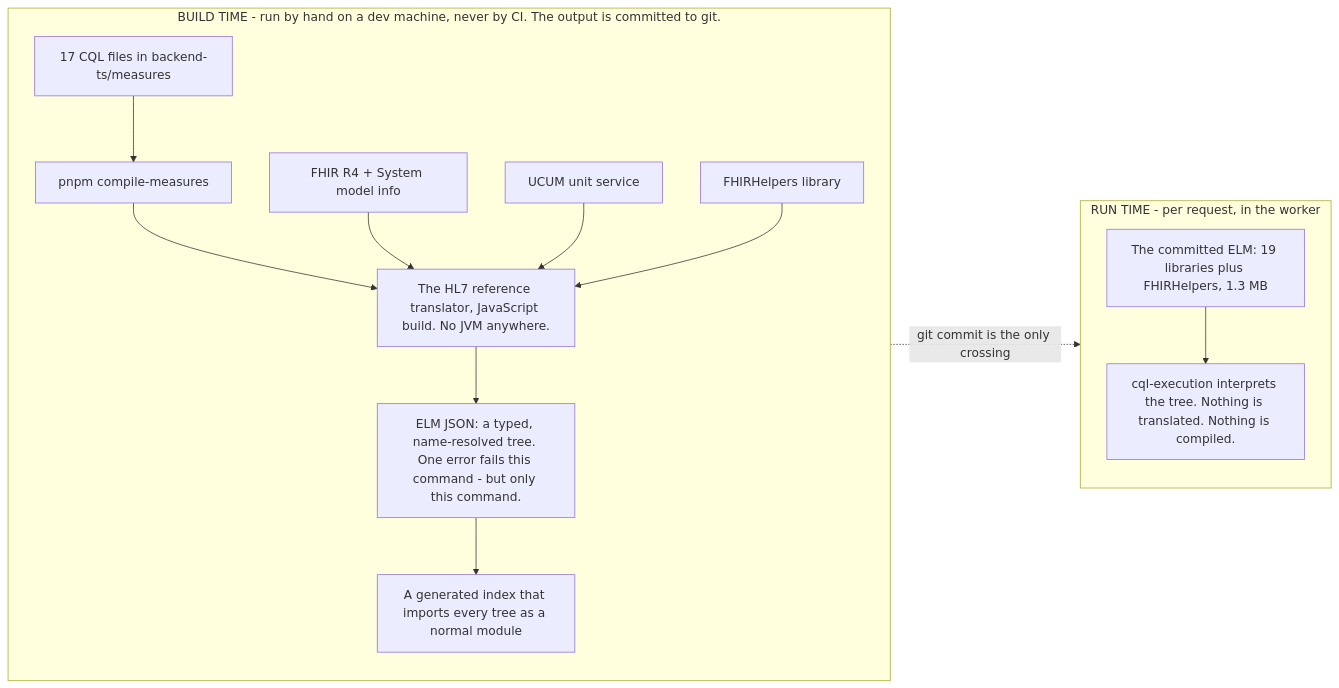
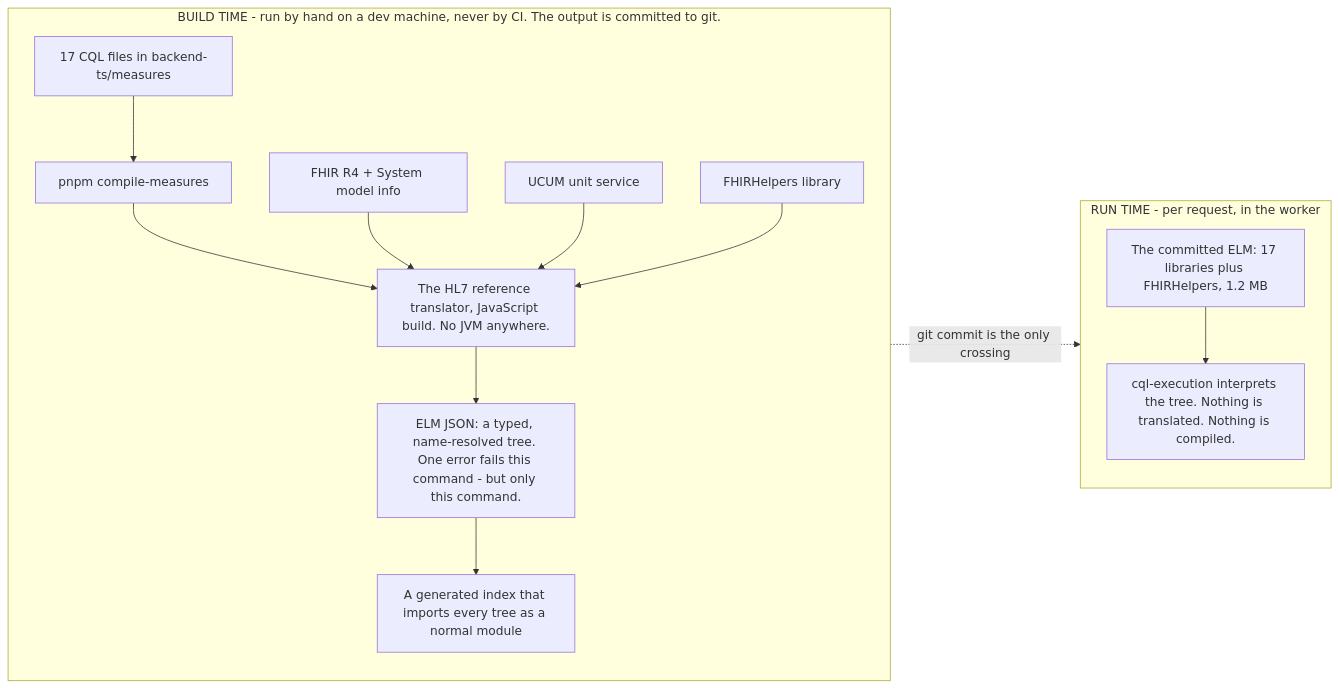
Before and after one commit to Taleef7/workwell: the first of 2 diagrams in docs/guide/03-compiler-and-elm.md, drawn with Mermaid. The commit also changed other lines of this file and 7 other files, not shown here.

First line of the commit message:
fix(ci): the committed ELM must be what the CQL produces (#456)

````diff
--- a/docs/guide/03-compiler-and-elm.md
+++ b/docs/guide/03-compiler-and-elm.md
@@ -16,25 +16,25 @@
 ```mermaid
 flowchart LR
   subgraph BT["BUILD TIME - run by hand on a dev machine, never by CI. The output is committed to git."]
     direction TB
     B1["17 CQL files in backend-ts/measures"]
     B2["pnpm compile-measures"]
     B3["The HL7 reference translator, JavaScript build. No JVM anywhere."]
     B4["FHIR R4 + System model info"]
     B5["UCUM unit service"]
     B6["FHIRHelpers library"]
     B7["ELM JSON: a typed, name-resolved tree. One error fails this command - but only this command."]
     B8["A generated index that imports every tree as a normal module"]
     B1 --> B2 --> B3 --> B7 --> B8
     B4 --> B3
     B5 --> B3
     B6 --> B3
   end
   subgraph RT["RUN TIME - per request, in the worker"]
     direction TB
-    R1["The committed ELM: 19 libraries plus FHIRHelpers, 1.3 MB"]
+    R1["The committed ELM: 17 libraries plus FHIRHelpers, 1.2 MB"]
     R2["cql-execution interprets the tree. Nothing is translated. Nothing is compiled."]
     R1 --> R2
   end
   B8 -. "git commit is the only crossing" .-> R1
 ```
````
